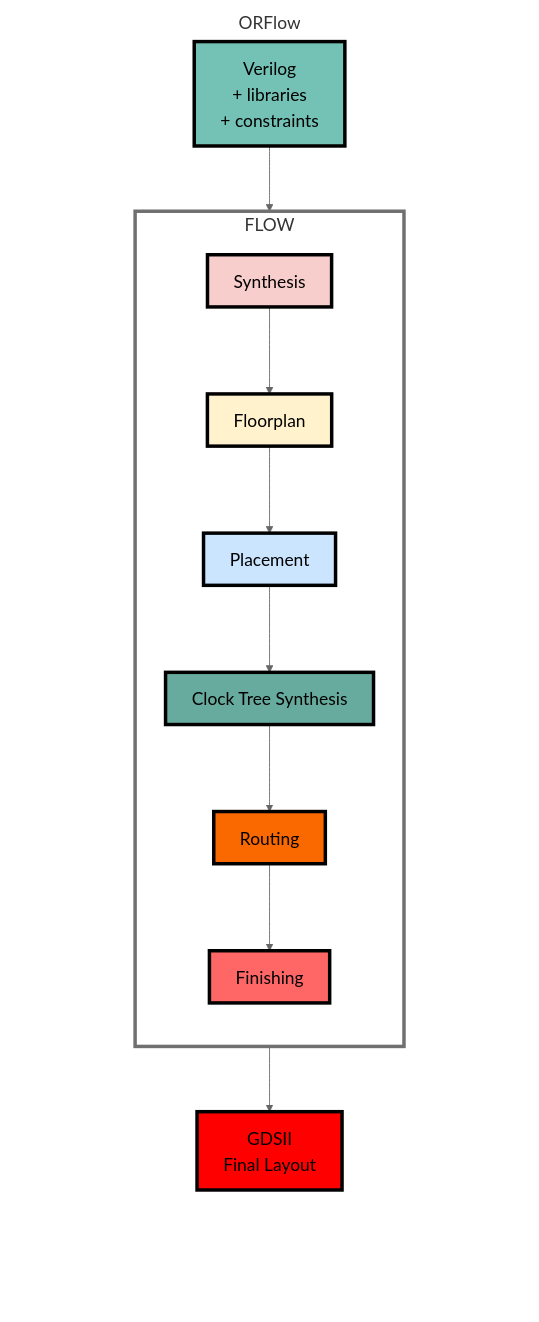
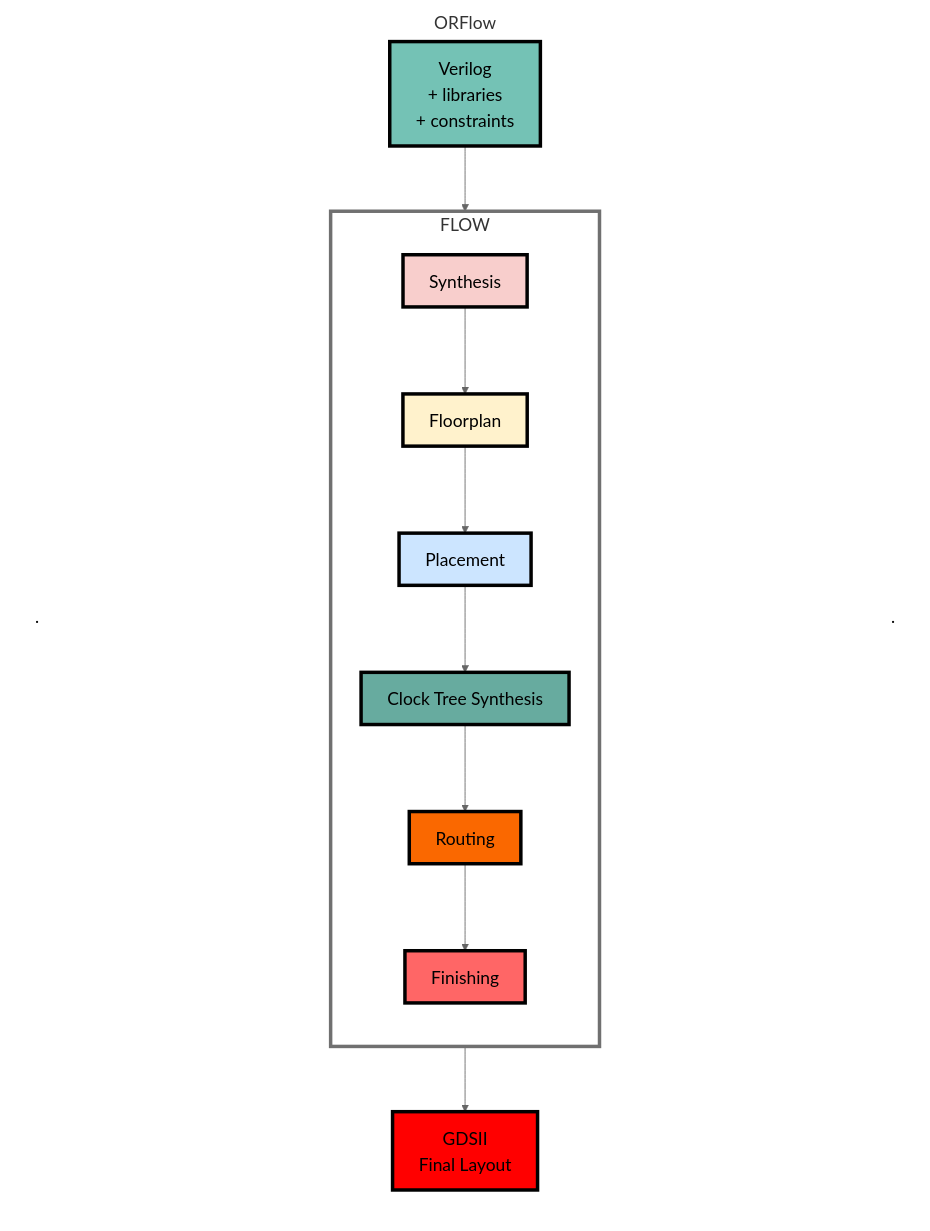
One commit to The-OpenROAD-Project/OpenROAD changed the first of 2 diagrams in README.md. Above: the diagram before and after it, drawn with Mermaid.

Commit message:
try mermaid

````diff
--- a/README.md
+++ b/README.md
@@ -15,52 +15,60 @@
 ```mermaid
 %%{
   init: {
     'theme': 'neutral',
     'themeVariables': {
       'textColor': '#000000',
       'noteTextColor' : '#000000',
       'fontSize': '20px'
     }
   }
 }%%
 
 flowchart LR
-    b0[ ] --- ORFlow --- b1[ ]
-    style b0 stroke-width:0px, fill: #FFFFFF00
+    b0[           .       ] --- b2[ ] --- b4[ ] --- ORFlow --- b1[ ] --- b3[ ] --- b5[          .        ]
+    style b0 stroke-width:0px, fill: #FFFFFF00, color:#
     style b1 stroke-width:0px, fill: #FFFFFF00
+    style b2 stroke-width:0px, fill: #FFFFFF00
+    style b3 stroke-width:0px, fill: #FFFFFF00
+    style b4 stroke-width:0px, fill: #FFFFFF00
+    style b5 stroke-width:0px, fill: #FFFFFF00
+
     linkStyle 0 stroke-width:0px
     linkStyle 1 stroke-width:0px
+    linkStyle 2 stroke-width:0px
+    linkStyle 3 stroke-width:0px
+    linkStyle 4 stroke-width:0px
+    linkStyle 5 stroke-width:0px
 
 
     subgraph ORFlow
     direction TB
     style ORFlow fill:#ffffff00, stroke-width:0px
         A[Verilog\n+ libraries\n + constraints] --> FLOW
         style A fill:#74c2b5,stroke:#000000,stroke-width:4px
         subgraph FLOW
         style FLOW fill:#FFFFFF00,stroke-width:4px
 
         direction TB
             B[Synthesis]
             B --> C[Floorplan]
             C --> D[Placement]
             D --> E[Clock Tree Synthesis]
             E --> F[Routing]
             F --> G[Finishing]
             style B fill:#f8cecc,stroke:#000000,stroke-width:4px
             style C fill:#fff2cc,stroke:#000000,stroke-width:4px
             style D fill:#cce5ff,stroke:#000000,stroke-width:4px
             style E fill:#67ab9f,stroke:#000000,stroke-width:4px
             style F fill:#fa6800,stroke:#000000,stroke-width:4px
             style G fill:#ff6666,stroke:#000000,stroke-width:4px
         end
 
         FLOW --> H[GDSII\n Final Layout]
-        H --- H1[ ]
-        style H1 stroke-width:0px, fill: #FFFFFF00
-        linkStyle 9 stroke-width:0px
-
-
+        %% H --- H1[ ]
+        %% style H1 stroke-width:0px, fill: #FFFFFF00
+        %% linkStyle 11 stroke-width:0px
         style H fill:#ff0000,stroke:#000000,stroke-width:4px
     end
+
 ```
````
